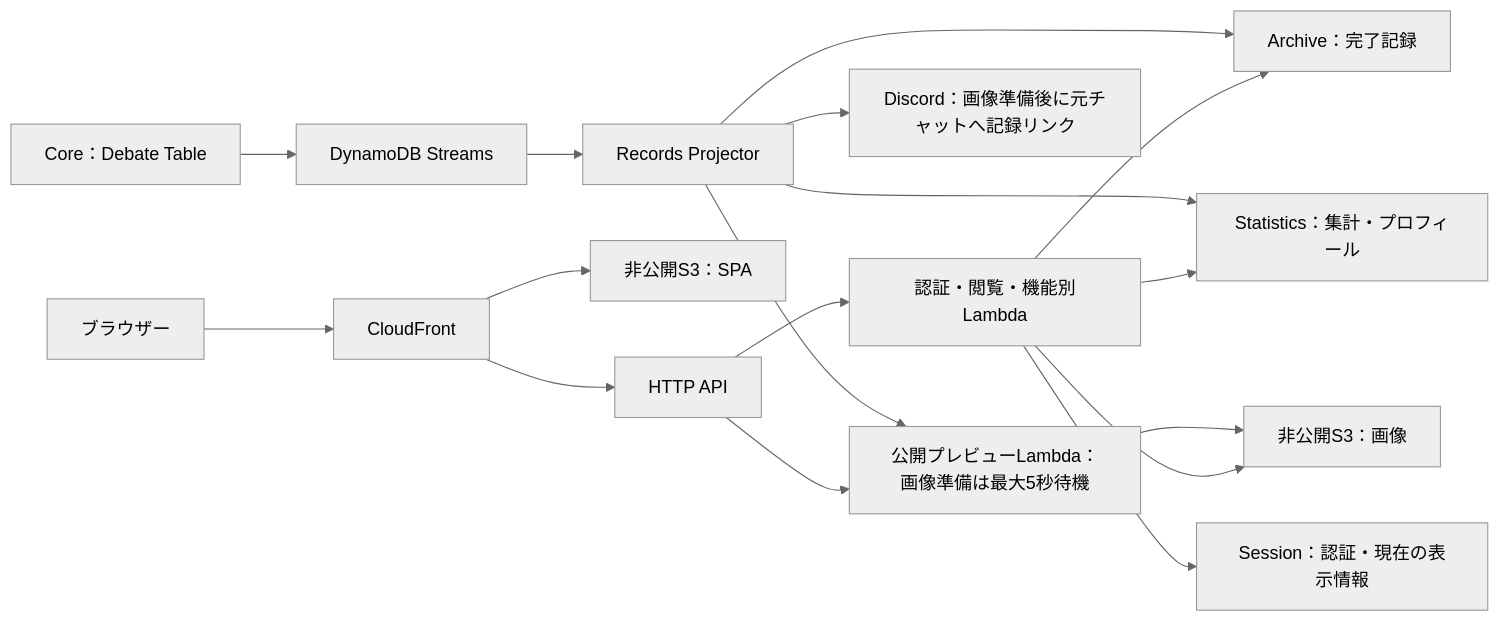
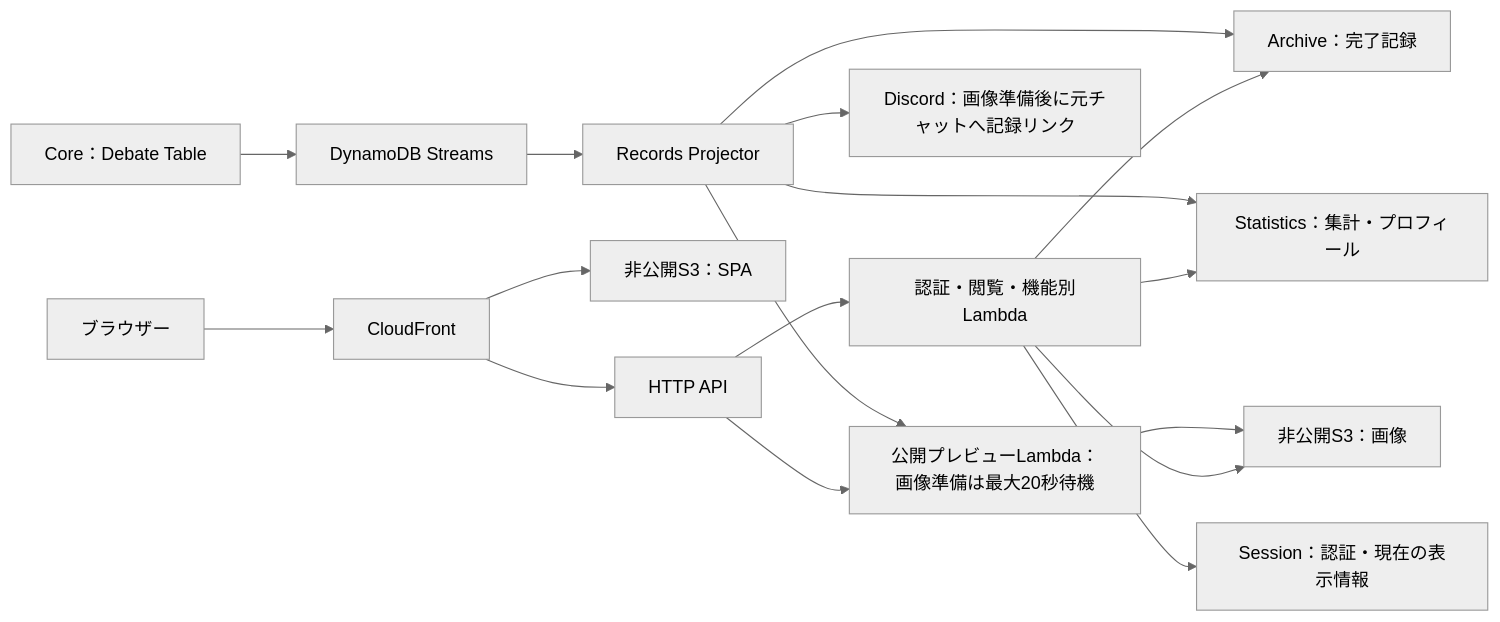
One commit to pitekusu/shittim-chest changed the diagram in docs/24_シッテムの箱 議事録設計.md. Above: the diagram before and after it, drawn with Mermaid (neutral theme). The commit also changed other lines of this file and 9 other files, not shown here.

````diff
--- a/docs/24_シッテムの箱 議事録設計.md
+++ b/docs/24_シッテムの箱 議事録設計.md
@@ -44,19 +44,19 @@
 ```mermaid
 flowchart LR
   D["Core：Debate Table"] --> S["DynamoDB Streams"]
   S --> P["Records Projector"]
   P --> A["Archive：完了記録"]
   P --> T["Statistics：集計・プロフィール"]
-  P --> O["公開プレビューLambda：画像準備は最大5秒待機"]
+  P --> O["公開プレビューLambda：画像準備は最大20秒待機"]
   O --> M["非公開S3：画像"]
   P --> N["Discord：画像準備後に元チャットへ記録リンク"]
   B["ブラウザー"] --> C["CloudFront"]
   C --> W["非公開S3：SPA"]
   C --> H["HTTP API"]
   H --> O
   H --> F["認証・閲覧・機能別Lambda"]
   F --> A
   F --> T
   F --> U["Session：認証・現在の表示情報"]
   F --> M["非公開S3：画像"]
 ```
````
